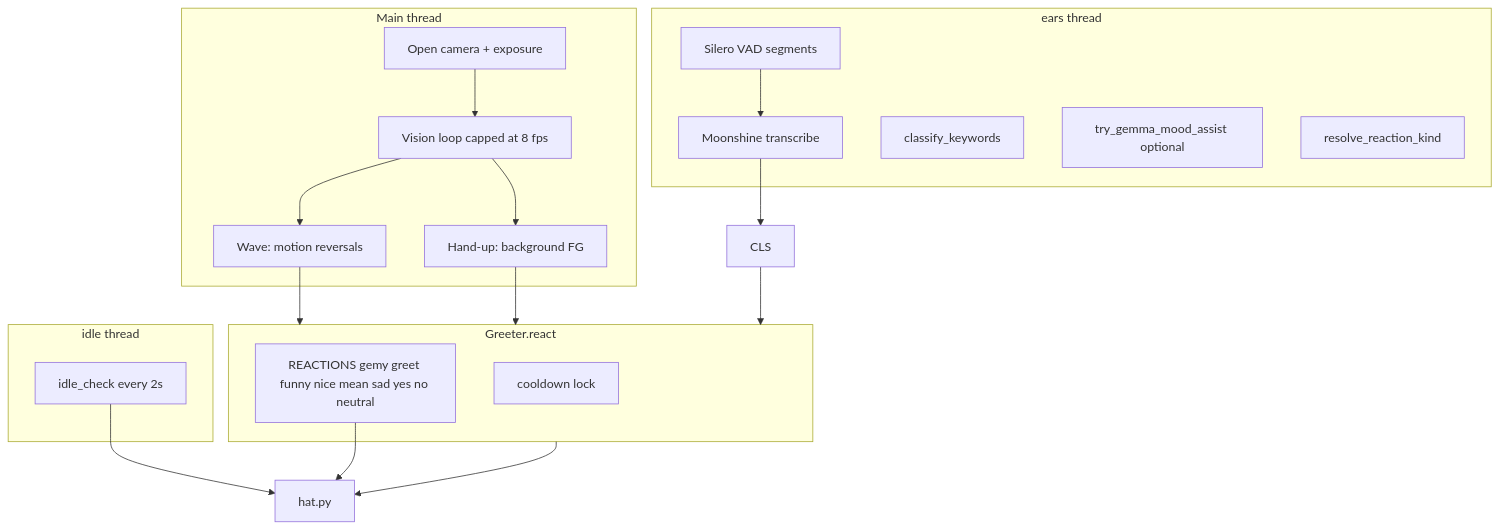
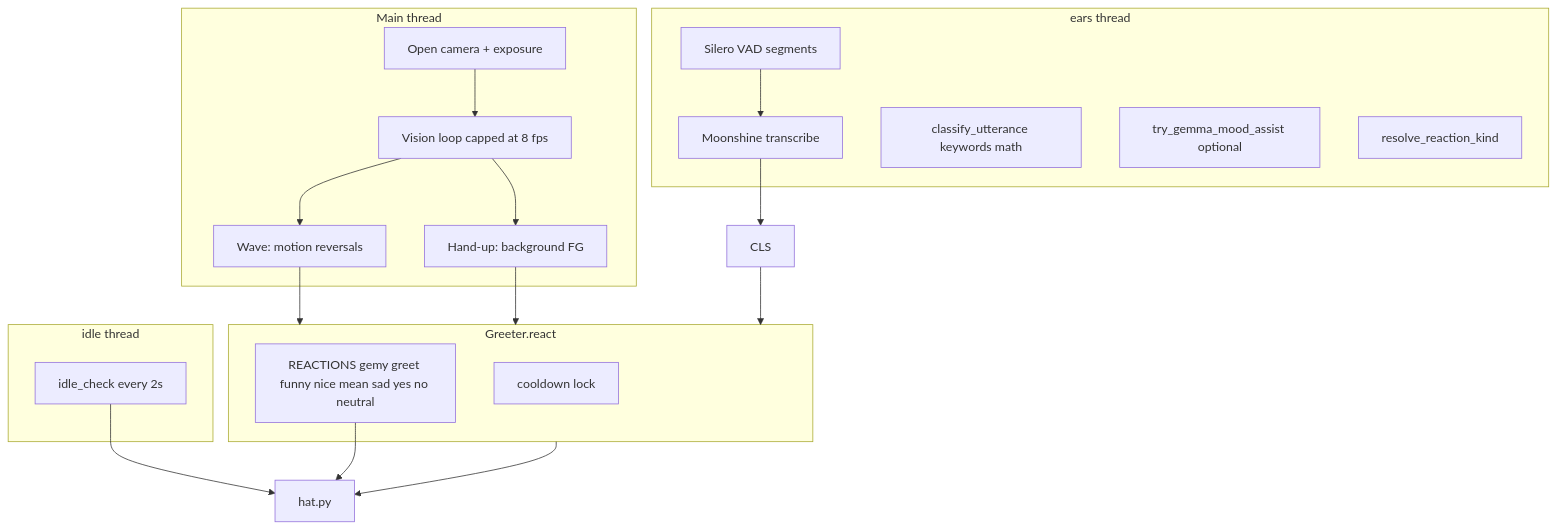
Before and after one commit to DeveloperMattC/gemy: the second of 3 diagrams in docs/lab/03-ARCHITECTURE.md, drawn with Mermaid. The commit also changed other lines of this file and 15 other files, not shown here.

````diff
--- a/docs/lab/03-ARCHITECTURE.md
+++ b/docs/lab/03-ARCHITECTURE.md
@@ -38,36 +38,36 @@
 ```mermaid
 flowchart TB
   subgraph MainThread["Main thread"]
     CAM[Open camera + exposure]
     VIS[Vision loop capped at 8 fps]
     WAVE[Wave: motion reversals]
     HAND[Hand-up: background FG]
   end
 
   subgraph EarsThread["ears thread"]
     VAD[Silero VAD segments]
     STT[Moonshine transcribe]
-    KW[classify_keywords]
+    KW[classify_utterance keywords math]
     GEM[try_gemma_mood_assist optional]
     RES[resolve_reaction_kind]
   end
 
   subgraph IdleThread["idle thread"]
     IDLE[idle_check every 2s]
   end
 
   subgraph Dispatcher["Greeter.react"]
     COOL[cooldown lock]
     RX[REACTIONS gemy greet funny nice mean sad yes no neutral]
   end
 
   CAM --> VIS
   VIS --> WAVE
   VIS --> HAND
   WAVE --> Dispatcher
   HAND --> Dispatcher
   VAD --> STT --> CLS --> Dispatcher
   Dispatcher --> HAT[hat.py]
   IDLE --> HAT
   RX --> HAT
 ```
````
